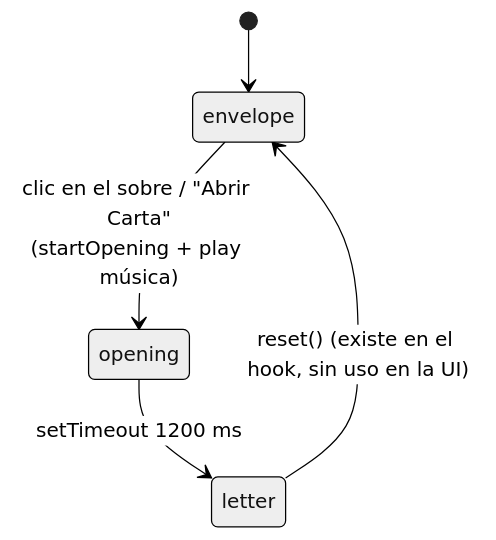
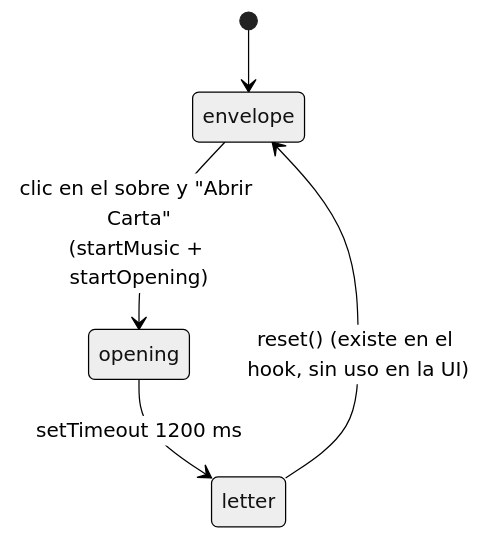
One commit to JHONZ-01/Proyect_love changed the second of 5 diagrams in docs/FLUJO.md. Above: the diagram before and after it, drawn with Mermaid (neutral theme). The commit also changed other lines of this file and 73 other files, not shown here.

````diff
--- a/docs/FLUJO.md
+++ b/docs/FLUJO.md
@@ -7,7 +19,7 @@
 ```mermaid
 stateDiagram-v2
     [*] --> envelope
-    envelope --> opening: clic en el sobre / "Abrir Carta"<br/>(startOpening + play música)
+    envelope --> opening: clic en el sobre y "Abrir Carta"<br/>(startMusic + startOpening)
     opening --> letter: setTimeout 1200 ms
     letter --> envelope: reset() (existe en el hook, sin uso en la UI)
 ```
````
